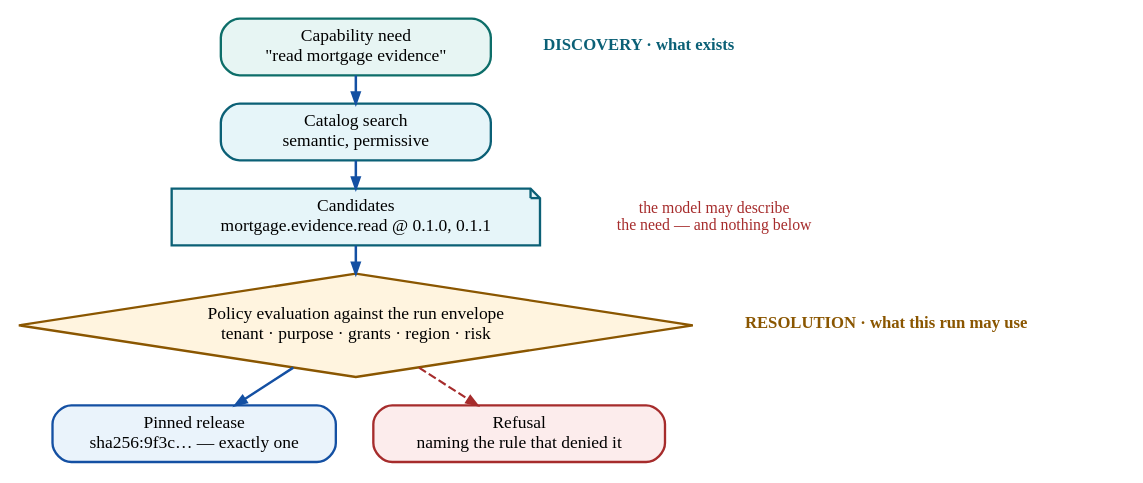
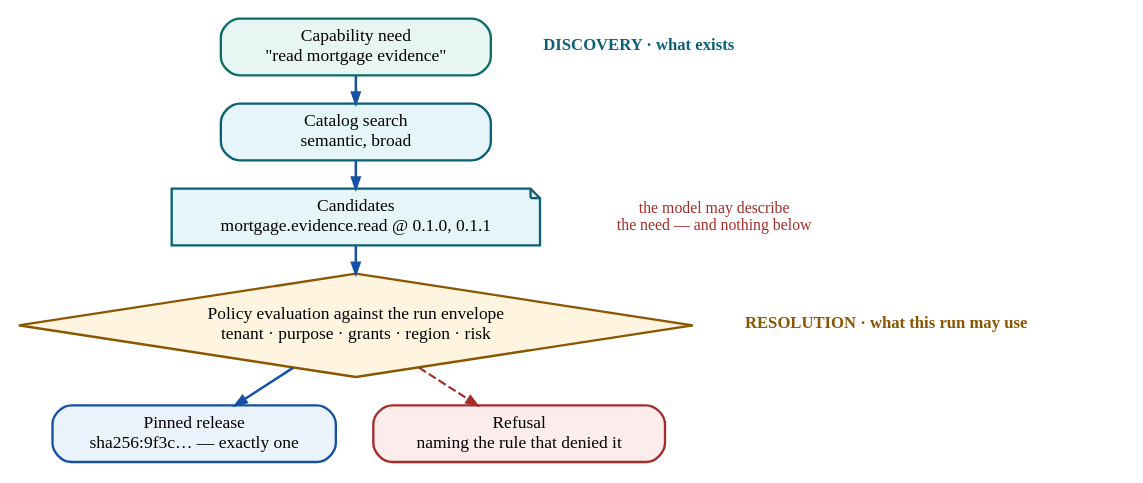
Before and after one commit to rrahimi-uci/building-enterprise-general-intelligence: the diagram in assets/diagrams/src/skill-resolution.gv, drawn with Graphviz. The commit also changed 46 other files, not shown here.

```diff
--- a/assets/diagrams/src/skill-resolution.gv
+++ b/assets/diagrams/src/skill-resolution.gv
@@ -1,40 +1,40 @@
 // Figure 8-1 — Discovery proposes; resolution disposes.
 //
 // Message: the two halves have different rules on purpose. Discovery may be
 // fuzzy and may return several candidates, because nothing it returns is yet
 // permitted. Resolution is deterministic and returns exactly one pinned digest
 // or a refusal naming the rule -- and the model has no input to it.
 //
 // Layout: vertical, with the model's reach marked. The dashed barrier is the
 // point of the figure; a system that lets a model choose among discovery
 // results has skipped it.
 digraph skill_resolution {
   rankdir = TB
   graph [ranksep=0.24, nodesep=0.30]
   node [shape=box, style="filled,rounded", penwidth=1.4, fontsize=10.5,
         margin="0.13,0.07", height=0.40, width=2.25]
   edge [arrowsize=0.65, penwidth=1.5, color="#1450A3"]
 
   need [label="Capability need\n\"read mortgage evidence\"", fillcolor="#E7F5F3", color="#0D6E69"]
-  cat  [label="Catalog search\nsemantic, permissive", fillcolor="#E6F5F9", color="#0B6076"]
+  cat  [label="Catalog search\nsemantic, broad", fillcolor="#E6F5F9", color="#0B6076"]
   cand [label="Candidates\nmortgage.evidence.read @ 0.1.0, 0.1.1", shape=note,
         style=filled, fillcolor="#E6F5F9", color="#0B6076"]
 
   pol  [label="Policy evaluation against the run envelope\ntenant · purpose · grants · region · risk", shape=diamond,
         style=filled, fillcolor="#FFF4DF", color="#8A5600", height=0.86, width=3.3]
   pin  [label="Pinned release\nsha256:9f3c… — exactly one", fillcolor="#EAF3FB", color="#1450A3"]
   no   [label="Refusal\nnaming the rule that denied it", fillcolor="#FCECEC", color="#A62C2C"]
 
   d1 [label=<<B><FONT POINT-SIZE="10" COLOR="#0B6076">DISCOVERY &#183; what exists</FONT></B>>, shape=plaintext, style=""]
   d2 [label=<<B><FONT POINT-SIZE="10" COLOR="#8A5600">RESOLUTION &#183; what this run may use</FONT></B>>, shape=plaintext, style=""]
   mr [label="the model may describe\nthe need — and nothing below", shape=plaintext,
       style="", fontsize=9.5, fontcolor="#A62C2C"]
 
   need -> cat -> cand -> pol -> pin
   pol -> no [color="#A62C2C", style=dashed, penwidth=1.3]
 
   { rank=same; need -> d1 [style=invis] }
   { rank=same; cand -> mr [style=invis] }
   { rank=same; pol  -> d2 [style=invis] }
   { rank=same; pin  -> no [style=invis] }
 }
```
